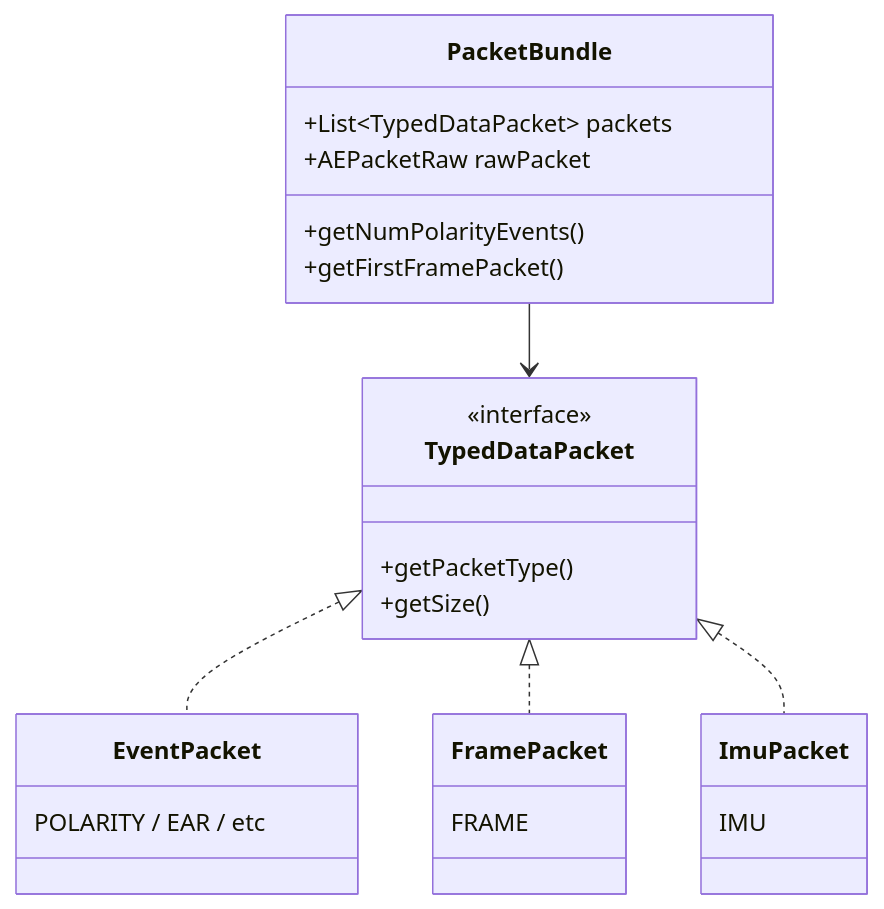
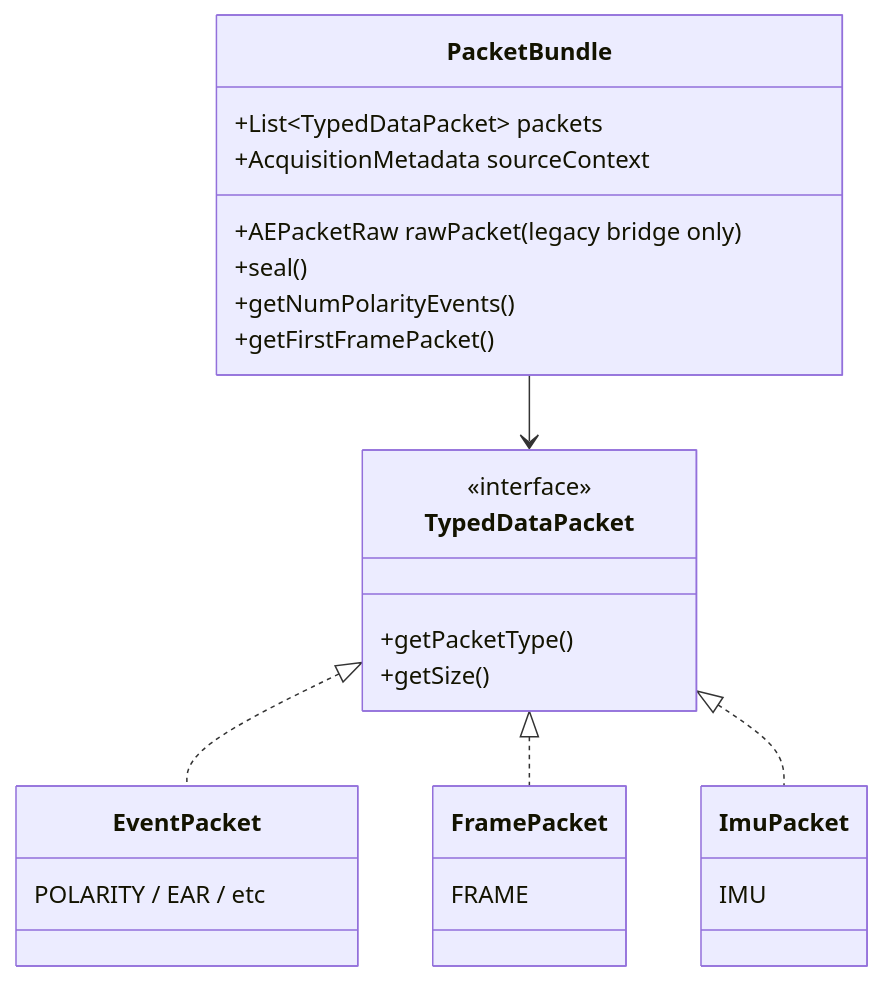
One commit to SensorsINI/jaer changed the fourth of 6 diagrams in docs/README-jaer3.md. Above: the diagram before and after it, drawn with Mermaid. The commit also changed other lines of this file and 3 other files, not shown here.

````diff
--- a/docs/README-jaer3.md
+++ b/docs/README-jaer3.md
@@ -145,27 +168,29 @@
 ```mermaid
 classDiagram
   class PacketBundle {
     +List~TypedDataPacket~ packets
-    +AEPacketRaw rawPacket
+    +AcquisitionMetadata sourceContext
+    +AEPacketRaw rawPacket (legacy bridge only)
+    +seal()
     +getNumPolarityEvents()
     +getFirstFramePacket()
   }
   class TypedDataPacket {
     <<interface>>
     +getPacketType()
     +getSize()
   }
   class EventPacket {
     POLARITY / EAR / etc
   }
   class FramePacket {
     FRAME
   }
   class ImuPacket {
     IMU
   }
   PacketBundle --> TypedDataPacket
   TypedDataPacket <|.. EventPacket
   TypedDataPacket <|.. FramePacket
   TypedDataPacket <|.. ImuPacket
 ```
````
